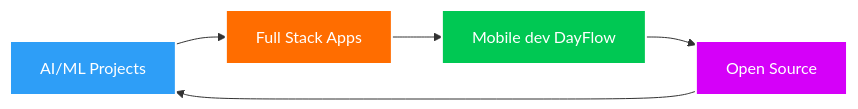
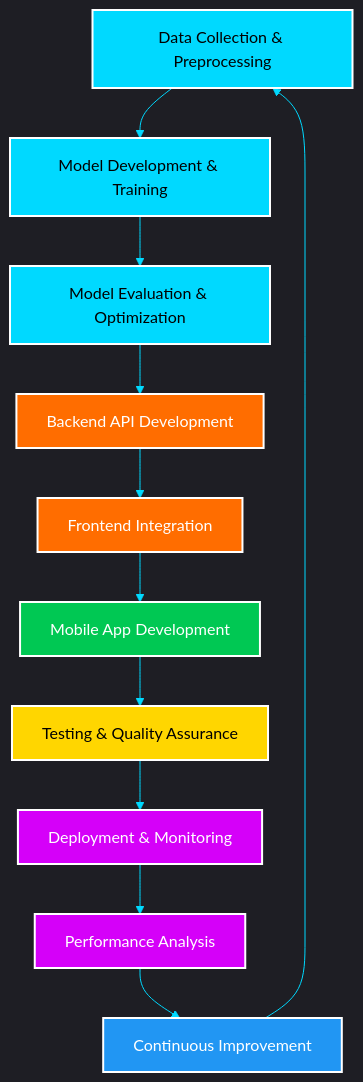
The diagram in README.md (Abderrahamane/Abderrahamane), drawn with Mermaid before and after one commit. The commit also changed other lines of this file, not shown here.

````diff
--- a/README.md
+++ b/README.md
@@ -153,12 +342,25 @@
 ```mermaid
-graph LR
-    A[AI/ML Projects] --> B[Full Stack Apps]
-    B --> C[Mobile dev DayFlow]
-    C --> D[Open Source]
-    D --> A
+%%{init: {'theme':'dark', 'themeVariables': {'primaryColor':'#00D9FF', 'primaryTextColor':'#fff', 'primaryBorderColor':'#00D9FF', 'lineColor':'#00D9FF', 'secondaryColor':'#0D1117', 'tertiaryColor':'#1a1a1a', 'fontSize':'16px'}}}%%
+graph TB
+    A[Data Collection & Preprocessing] --> B[Model Development & Training]
+    B --> C[Model Evaluation & Optimization]
+    C --> D[Backend API Development]
+    D --> E[Frontend Integration]
+    E --> F[Mobile App Development]
+    F --> G[Testing & Quality Assurance]
+    G --> H[Deployment & Monitoring]
+    H --> I[Performance Analysis]
+    I --> J[Continuous Improvement]
+    J --> A
     
-    style A fill:#2E9EF7,stroke:#fff,stroke-width:2px,color:#fff
-    style B fill:#FF6D00,stroke:#fff,stroke-width:2px,color:#fff
-    style C fill:#00C853,stroke:#fff,stroke-width:2px,color:#fff
-    style D fill:#D500F9,stroke:#fff,stroke-width:2px,color:#fff
+    style A fill:#00D9FF,stroke:#fff,stroke-width:2px,color:#000
+    style B fill:#00D9FF,stroke:#fff,stroke-width:2px,color:#000
+    style C fill:#00D9FF,stroke:#fff,stroke-width:2px,color:#000
+    style D fill:#FF6D00,stroke:#fff,stroke-width:2px,color:#fff
+    style E fill:#FF6D00,stroke:#fff,stroke-width:2px,color:#fff
+    style F fill:#00C853,stroke:#fff,stroke-width:2px,color:#fff
+    style G fill:#FFD600,stroke:#fff,stroke-width:2px,color:#000
+    style H fill:#D500F9,stroke:#fff,stroke-width:2px,color:#fff
+    style I fill:#D500F9,stroke:#fff,stroke-width:2px,color:#fff
+    style J fill:#2196F3,stroke:#fff,stroke-width:2px,color:#fff
 ```
````
